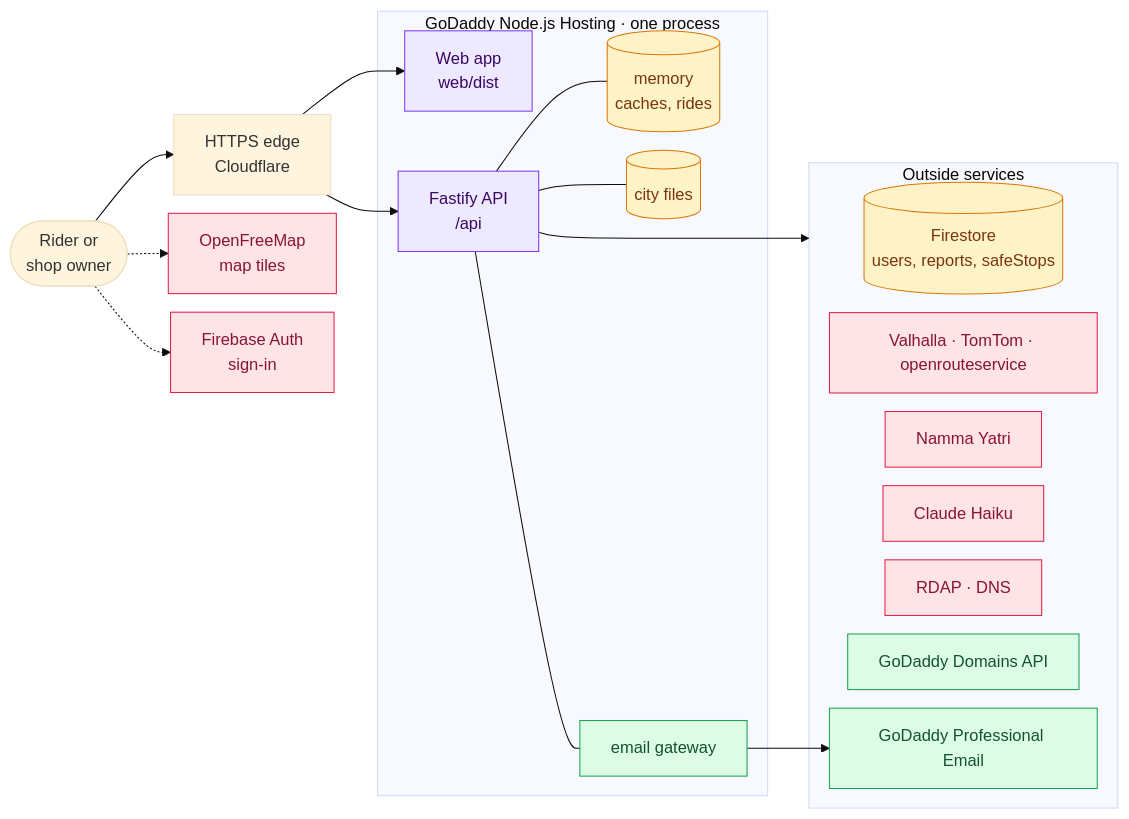
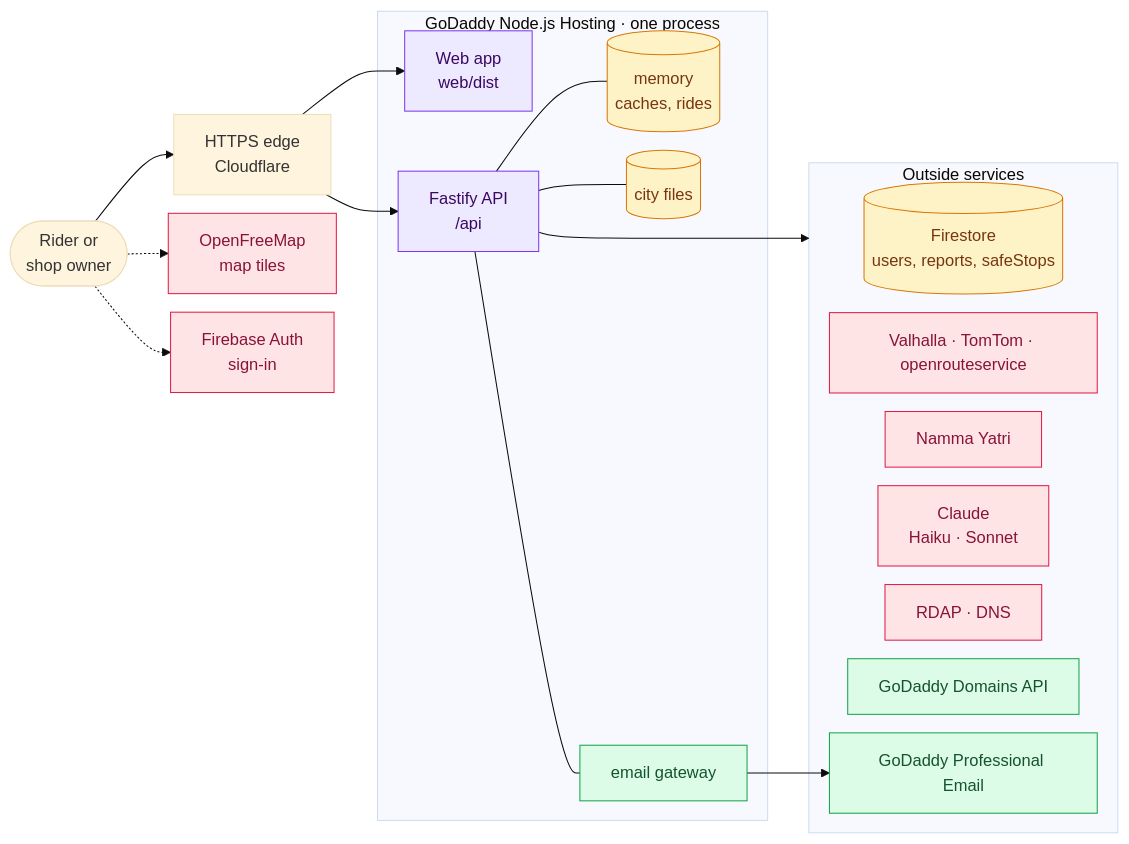
Before and after one commit to Pawandeep24/musafira: the second of 19 diagrams in README.md, drawn with Mermaid (base theme). The commit also changed other lines of this file and 33 other files, not shown here.

````diff
--- a/README.md
+++ b/README.md
@@ -104,35 +106,35 @@
 ```mermaid
 %%{init: {"flowchart": {"nodeSpacing": 18, "rankSpacing": 40}}}%%
 flowchart LR
   classDef ours fill:#ede9fe,stroke:#7c3aed,color:#3b0764
   classDef store fill:#fef3c7,stroke:#d97706,color:#78350f
   classDef gd fill:#dcfce7,stroke:#16a34a,color:#14532d
   classDef ext fill:#ffe4e6,stroke:#e11d48,color:#881337
 
   rider(["Rider or<br/>shop owner"])
   edge["HTTPS edge<br/>Cloudflare"]
   tiles["OpenFreeMap<br/>map tiles"]:::ext
   fauth["Firebase Auth<br/>sign-in"]:::ext
   subgraph HOST["GoDaddy Node.js Hosting · one process"]
     webapp["Web app<br/>web/dist"]:::ours
     api["Fastify API<br/>/api"]:::ours
     mem[("memory<br/>caches, rides")]:::store
     files[("city files")]:::store
     gw["email gateway"]:::gd
   end
   subgraph OUT["Outside services"]
     fstore[("Firestore<br/>users, reports, safeStops")]:::store
     routing["Valhalla · TomTom · openrouteservice"]:::ext
     ny["Namma Yatri"]:::ext
-    claude["Claude Haiku"]:::ext
+    claude["Claude<br/>Haiku · Sonnet"]:::ext
     proof["RDAP · DNS"]:::ext
     domains["GoDaddy Domains API"]:::gd
     mailbox["GoDaddy Professional Email"]:::gd
   end
 
   rider --> edge --> webapp & api
   rider -.-> tiles & fauth
   api --- mem & files & gw
   api --> OUT
   gw --> mailbox
 ```
````
